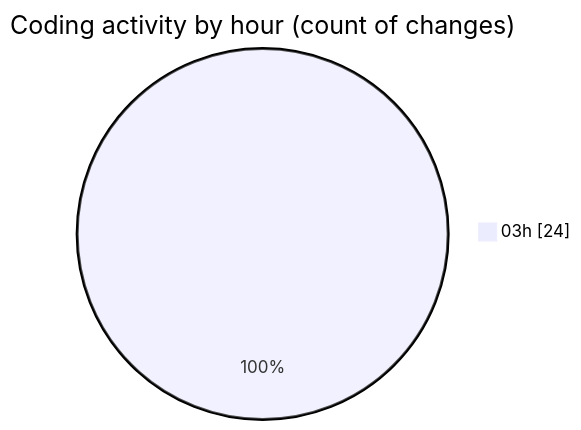
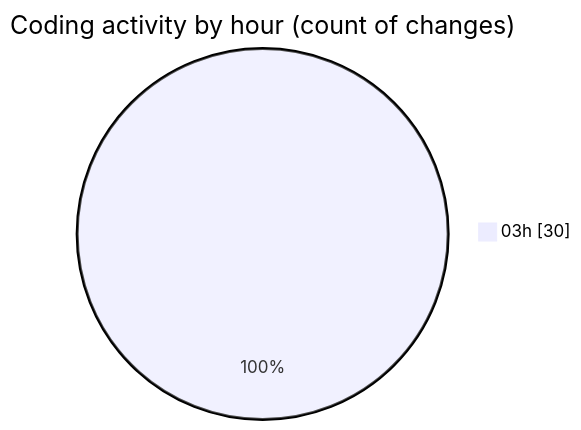
Before and after one commit to lephambinh05/code-tracking: the second of 2 diagrams in 2025-09-13/napxuvn/README.md, drawn with Mermaid. The commit also changed other lines of this file and 1 other file, not shown here.

````diff
--- a/2025-09-13/napxuvn/README.md
+++ b/2025-09-13/napxuvn/README.md
@@ -37,5 +37,5 @@
 ```mermaid
 pie showData
 title Coding activity by hour (count of changes)
-"03h" : 24
+"03h" : 30
 ```
````
